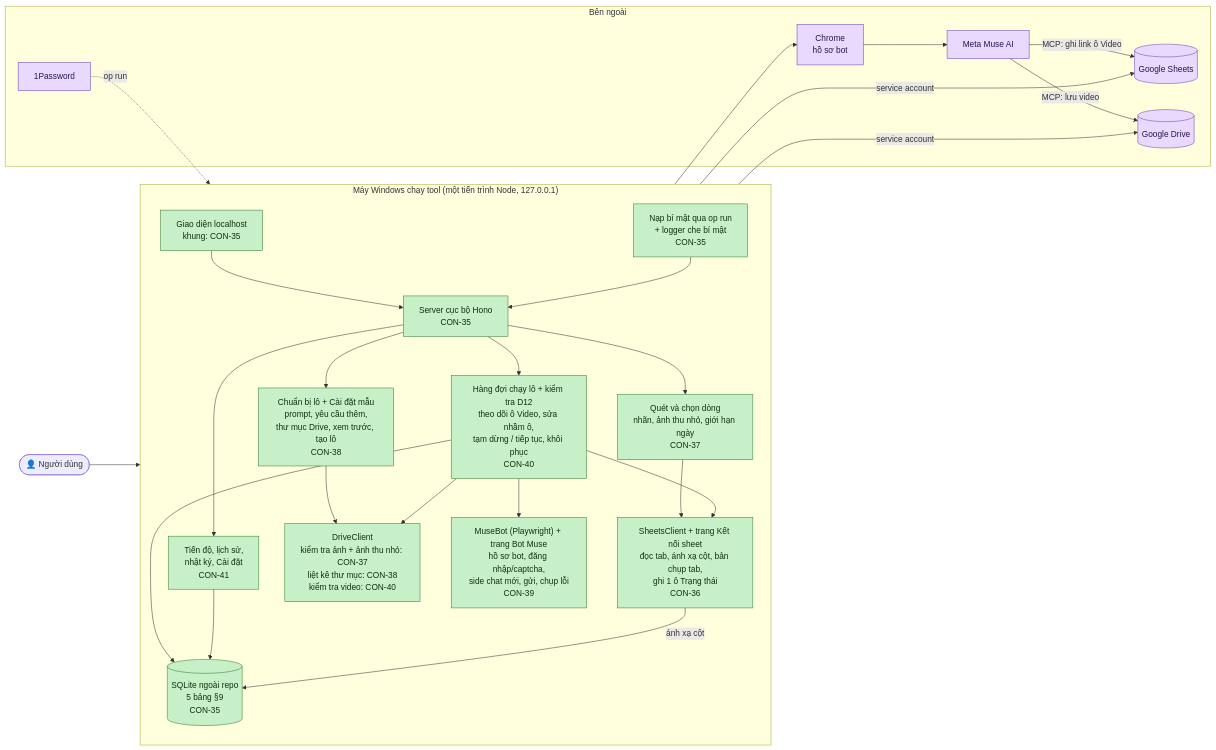
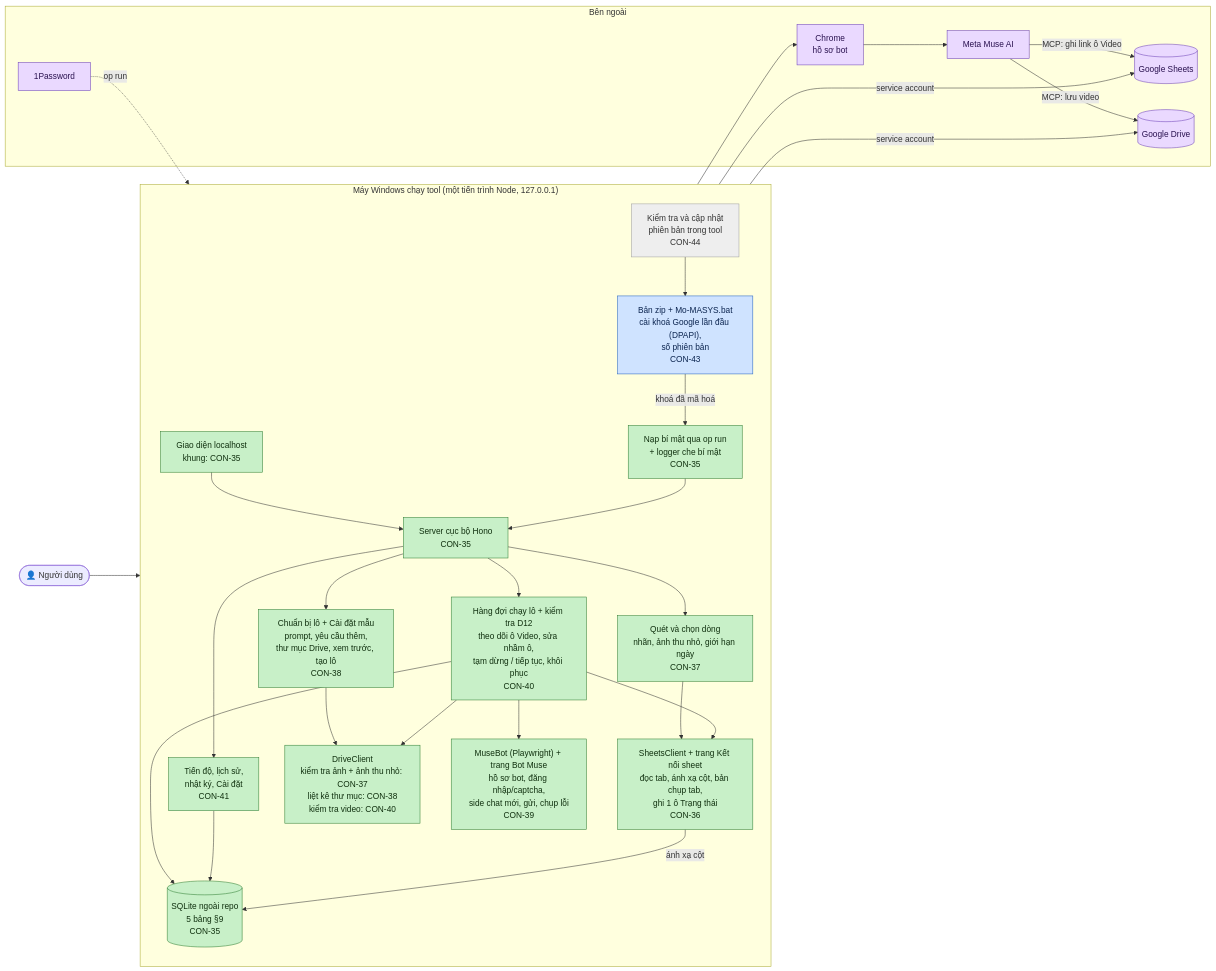
Before and after one commit to Bach1711/MASYS-VIDEO-GENERATOR: the diagram in TIEN-DO.md, drawn with Mermaid. The commit also changed other lines of this file and 27 other files, not shown here.

First line of the commit message:
CON-43: Đóng gói zip chạy ngay, cài khoá Google lần đầu, số phiên bản

````diff
--- a/TIEN-DO.md
+++ b/TIEN-DO.md
@@ -17,57 +17,63 @@
 ```mermaid
 flowchart LR
     user(["👤 Người dùng"])
 
     subgraph PC["Máy Windows chạy tool (một tiến trình Node, 127.0.0.1)"]
         direction TB
         ui["Giao diện localhost<br/>khung: CON-35"]
         server["Server cục bộ Hono<br/>CON-35"]
         secrets["Nạp bí mật qua op run<br/>+ logger che bí mật<br/>CON-35"]
         db[("SQLite ngoài repo<br/>5 bảng §9<br/>CON-35")]
 
         sheet["SheetsClient + trang Kết nối sheet<br/>đọc tab, ánh xạ cột, bản chụp tab,<br/>ghi 1 ô Trạng thái<br/>CON-36"]
         scan["Quét và chọn dòng<br/>nhãn, ảnh thu nhỏ, giới hạn ngày<br/>CON-37"]
         editor["Chuẩn bị lô + Cài đặt mẫu<br/>prompt, yêu cầu thêm,<br/>thư mục Drive, xem trước, tạo lô<br/>CON-38"]
         bot["MuseBot (Playwright) + trang Bot Muse<br/>hồ sơ bot, đăng nhập/captcha,<br/>side chat mới, gửi, chụp lỗi<br/>CON-39"]
         queue["Hàng đợi chạy lô + kiểm tra D12<br/>theo dõi ô Video, sửa nhầm ô,<br/>tạm dừng / tiếp tục, khôi phục<br/>CON-40"]
         drive["DriveClient<br/>kiểm tra ảnh + ảnh thu nhỏ: CON-37<br/>liệt kê thư mục: CON-38<br/>kiểm tra video: CON-40"]
         progress["Tiến độ, lịch sử,<br/>nhật ký, Cài đặt<br/>CON-41"]
+        pack["Bản zip + Mo-MASYS.bat<br/>cài khoá Google lần đầu (DPAPI),<br/>số phiên bản<br/>CON-43"]
+        update["Kiểm tra và cập nhật<br/>phiên bản trong tool<br/>CON-44"]
     end
 
     subgraph EXT["Bên ngoài"]
         gsheets[("Google Sheets")]
         gdrive[("Google Drive")]
         chrome["Chrome<br/>hồ sơ bot"]
         muse["Meta Muse AI"]
         op["1Password"]
     end
 
     user --> ui --> server
     server --> scan & editor & progress
     scan --> sheet
     editor --> drive
     server --> queue
     queue --> sheet & drive & bot
     queue --> db
     progress --> db
     sheet -- "ánh xạ cột" --> db
     sheet -- "service account" --> gsheets
     drive -- "service account" --> gdrive
     bot --> chrome --> muse
     muse -- "MCP: lưu video" --> gdrive
     muse -- "MCP: ghi link ô Video" --> gsheets
     op -. "op run" .-> secrets --> server
+    pack -- "khoá đã mã hoá" --> secrets
+    update --> pack
 
     classDef done fill:#c8f0c8,stroke:#2e7d32,color:#10300f
     classDef review fill:#cfe3ff,stroke:#1f5fbf,color:#0c2550
     classDef doing fill:#fff1b8,stroke:#b38600,color:#3d2e00
     classDef todo fill:#eeeeee,stroke:#9e9e9e,color:#333333
     classDef ext fill:#ead9ff,stroke:#6a3fb5,color:#2a1250
 
     class ui,server,secrets,db,sheet,scan,editor done
     class drive done
     class bot done
     class queue done
     class progress done
+    class pack review
+    class update todo
     class gsheets,gdrive,chrome,muse,op ext
 ```
````
